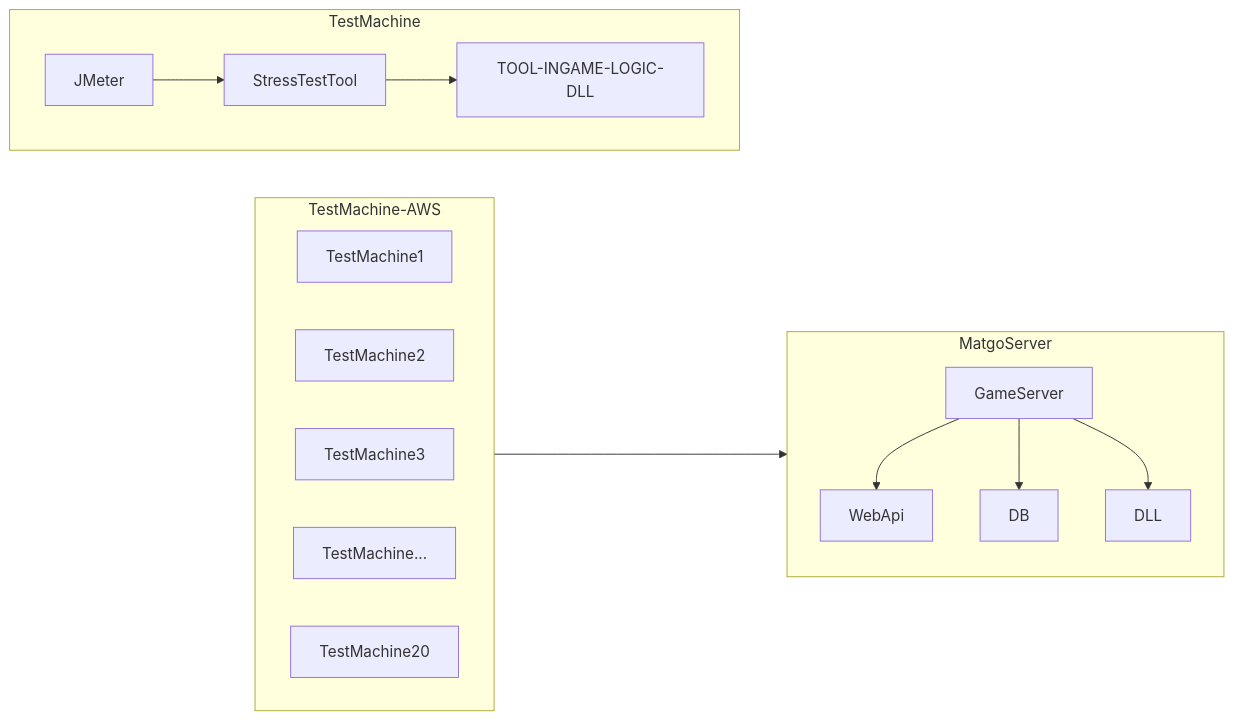
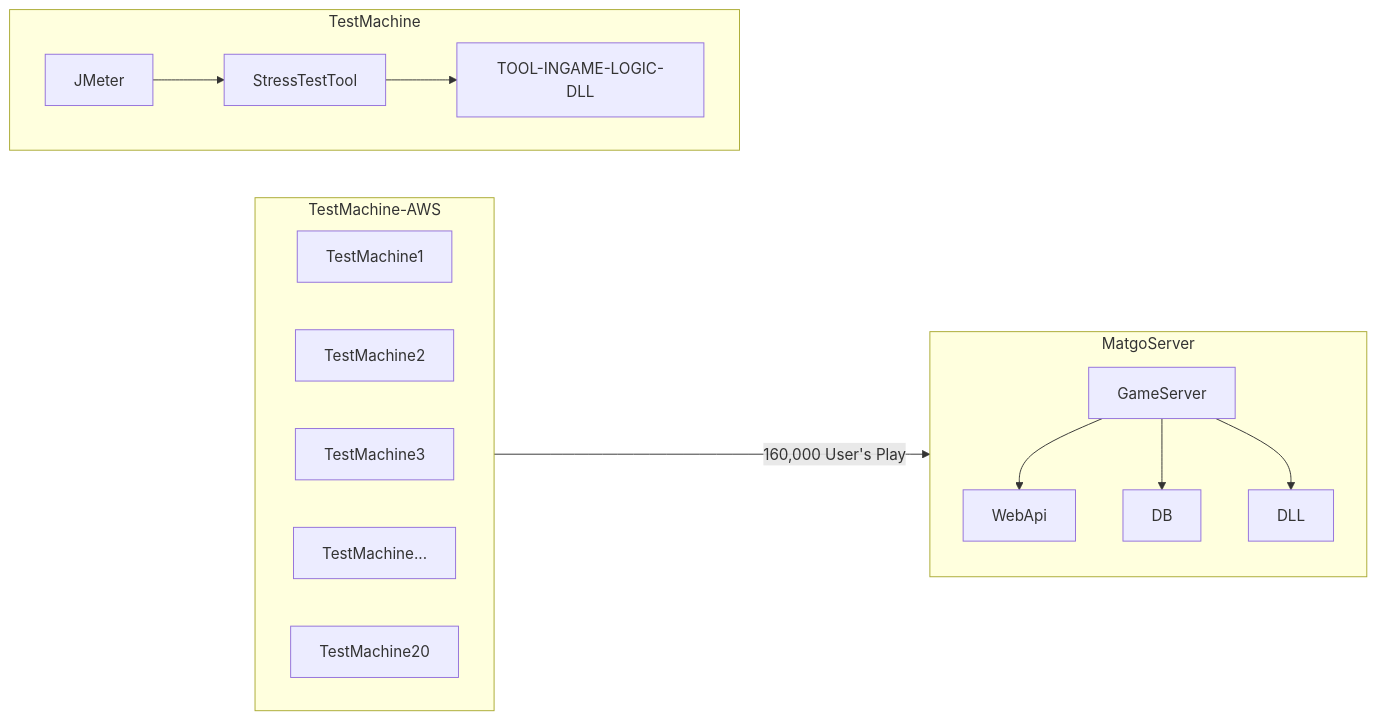
The diagram in src/lib/projects/descriptions/ko/newmatgo.md (nolleh/nolleh.cloud), drawn with Mermaid before and after one commit. The commit also changed other lines of this file and 5 other files, not shown here.

````diff
--- a/src/lib/projects/descriptions/ko/newmatgo.md
+++ b/src/lib/projects/descriptions/ko/newmatgo.md
@@ -15,27 +15,27 @@
 ```mermaid
 graph LR
 
 subgraph TestMachine-AWS
     direction LR
     TestMachine1 
     TestMachine2 
     TestMachine3 
     TestMachine...
     TestMachine20
 end
 
 
 subgraph MatgoServer
     GameServer-->WebApi
     GameServer-->DB
     GameServer-->GSDLL[DLL]
 end
 
 
 subgraph TestMachine
     direction LR
     JMeter-->StressTestTool-->TOOL-INGAME-LOGIC-DLL
 end
 
-TestMachine-AWS-->MatgoServer
+TestMachine-AWS-->|160,000 User's Play|MatgoServer
 ```
````
